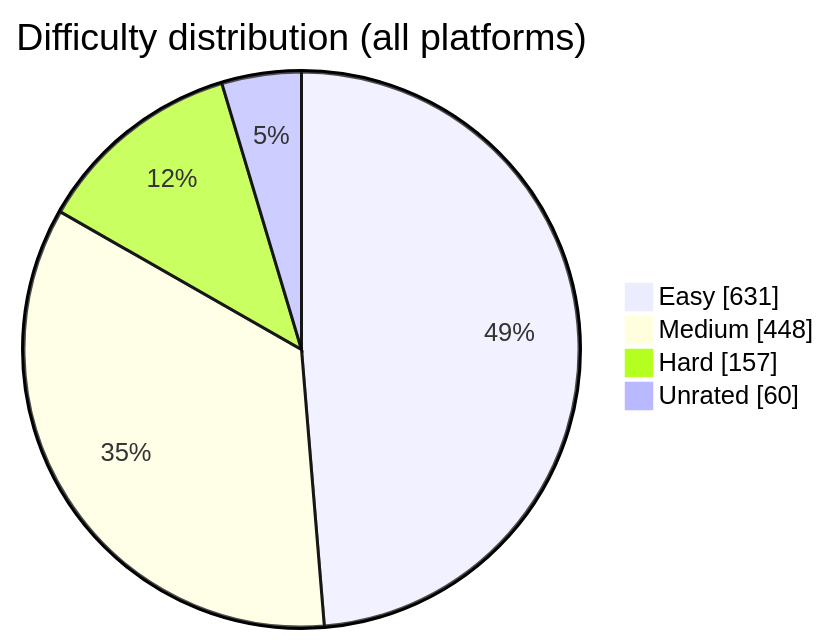
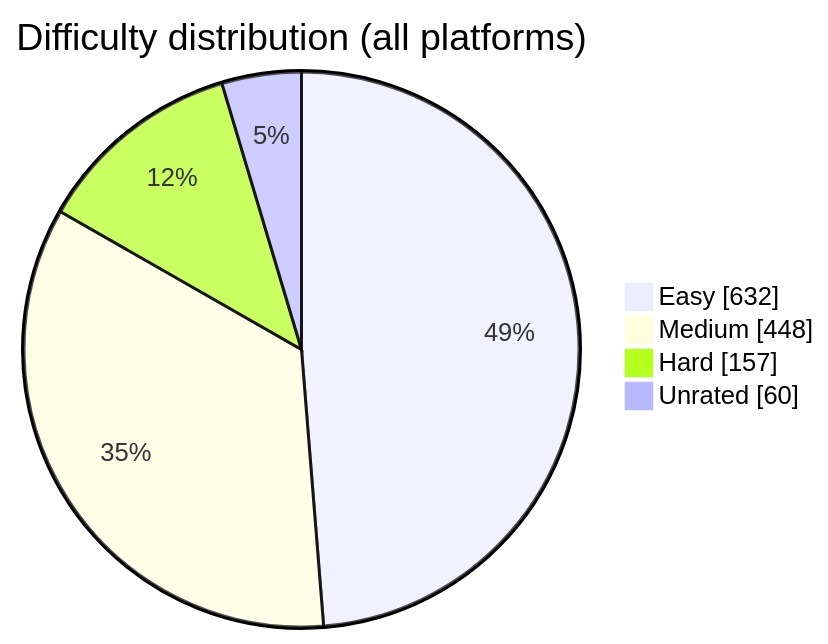
One commit to BuildbyArindam/Daily-Coding-Log changed the diagram in README.md. Above: the diagram before and after it, drawn with Mermaid. The commit also changed other lines of this file, not shown here.

````diff
--- a/README.md
+++ b/README.md
@@ -93,7 +93,7 @@
 ```mermaid
 pie showData title Difficulty distribution (all platforms)
-    "Easy" : 631
+    "Easy" : 632
     "Medium" : 448
     "Hard" : 157
     "Unrated" : 60
 ```
````
